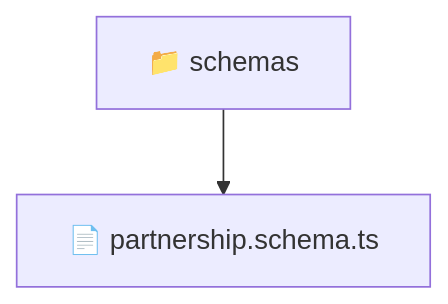
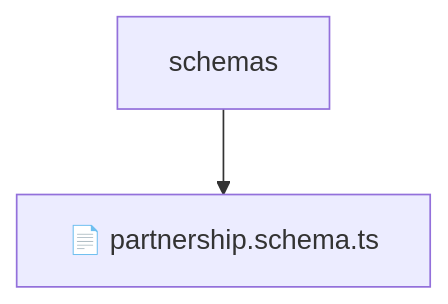
The diagram in backend/src/modules/partnership/infrastructure/schemas/README.md (beginwebdev2002/fullstack-mavluda), drawn with Mermaid before and after one commit. The commit also changed other lines of this file and 155 other files, not shown here.

````diff
--- a/backend/src/modules/partnership/infrastructure/schemas/README.md
+++ b/backend/src/modules/partnership/infrastructure/schemas/README.md
@@ -10,5 +14,5 @@
 ```mermaid
 graph TD
-  Root["📁 schemas"]
-  Root --> partnershipschemats["📄 partnership.schema.ts"]
+    Root[schemas]
+    Root --> F0[📄 partnership.schema.ts]
 ```
````
